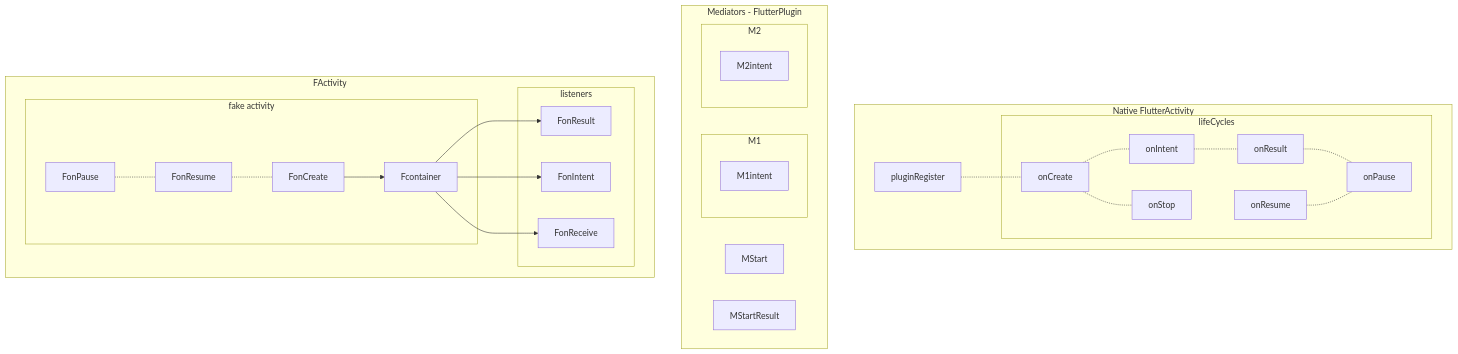
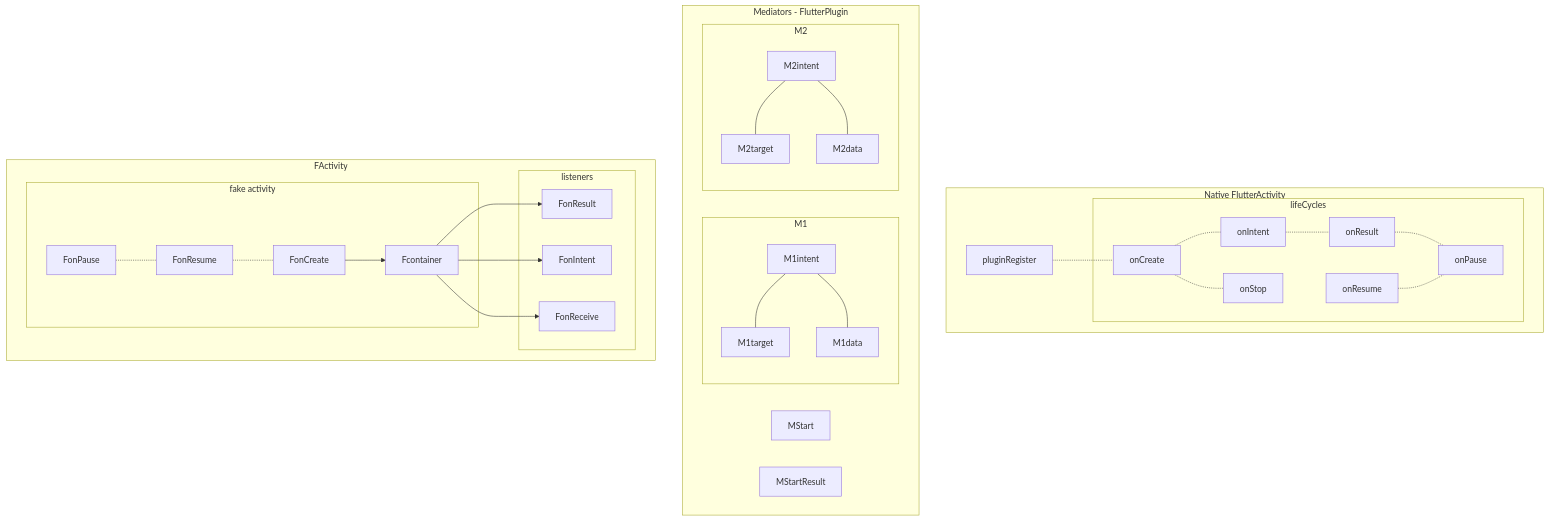
Before and after one commit to gordianknotC/nxp_note: the diagram in flutter/addActivityResultListener.md, drawn with Mermaid. The commit also changed other lines of this file, not shown here.

Commit message:
flutter/addActivityResultListener.md updated from https://stackedit.io/

````diff
--- a/flutter/addActivityResultListener.md
+++ b/flutter/addActivityResultListener.md
@@ -11,50 +11,53 @@
 ```mermaid
 graph TB
 	subgraph Native FlutterActivity
 		pluginRegister
 		pluginRegister -.- onCreate
 		subgraph lifeCycles
 			onCreate -.- onIntent
 			onIntent -.- onResult
 			onResult -.- onPause
 			onResume -.- onPause
 			onCreate -.- onStop
 		end
 	end
 	subgraph Mediators - FlutterPlugin
 		MStart
 		MStartResult
 		subgraph M1
-			M1intent			
+			M1intent --- M1target
+			M1intent --- M1data
 		end
 		subgraph M2
-			M2intent
+			M2intent --- M2target
+			M2intent --- M2data
 		end
+		
 	end
 	
 	subgraph FActivity
 		FonCreate
 		FonPause 
 		FonResume 
 		FonResult 
 		FonIntent 
 		FonReceive 
 		
 		subgraph fake activity
 			FonPause -.- FonResume
 			FonResume -.- FonCreate
 			FonCreate --> Fcontainer
 		end
 		
 		subgraph listeners
 			Fcontainer --> FonIntent
 			Fcontainer --> FonResult
 			Fcontainer --> FonReceive
 		end
 		
 		
 		
 	end
 
 
 ```
````
